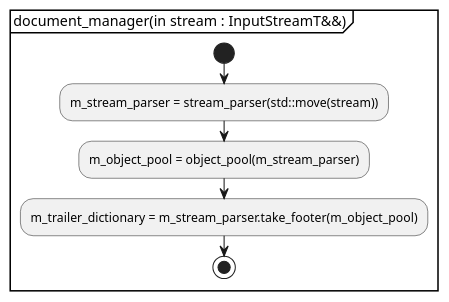
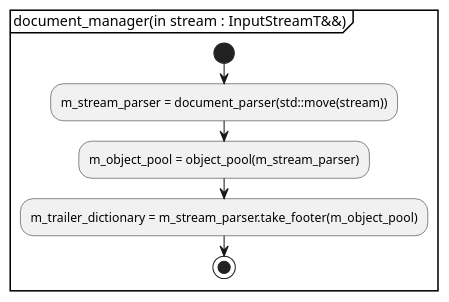
One commit to KodaiYM/PDFReader changed the first of 5 diagrams in document/document_manager/document_manager.activity.pu. Above: the diagram before and after it, drawn with PlantUML. The commit also changed other lines of this file and 10 other files, not shown here.

Commit message:
stream_parser を document_parser に名前変更

```diff
--- a/document/document_manager/document_manager.activity.pu
+++ b/document/document_manager/document_manager.activity.pu
@@ -1,9 +1,9 @@
 @startuml document_manager
 partition "document_manager(in stream : InputStreamT&&)" {
 start
-	:m_stream_parser = stream_parser(std::move(stream));
+	:m_stream_parser = document_parser(std::move(stream));
 	:m_object_pool = object_pool(m_stream_parser);
 	:m_trailer_dictionary = m_stream_parser.take_footer(m_object_pool);
 stop
 }
 @enduml
```
